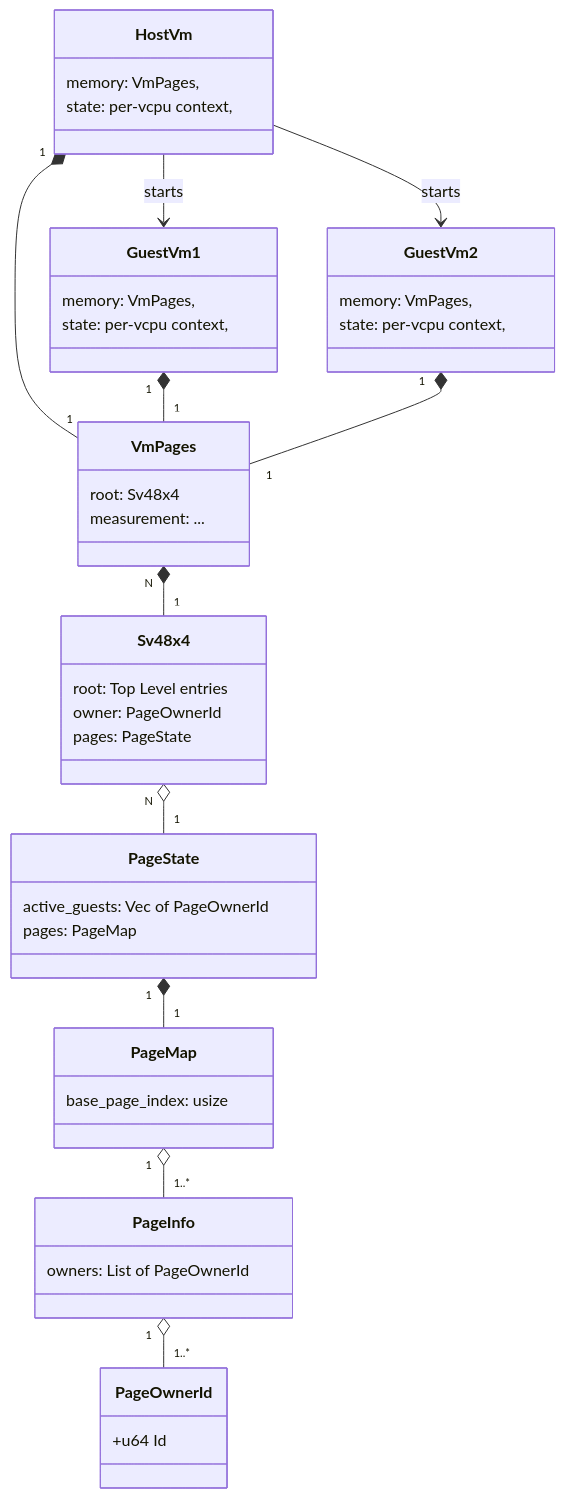
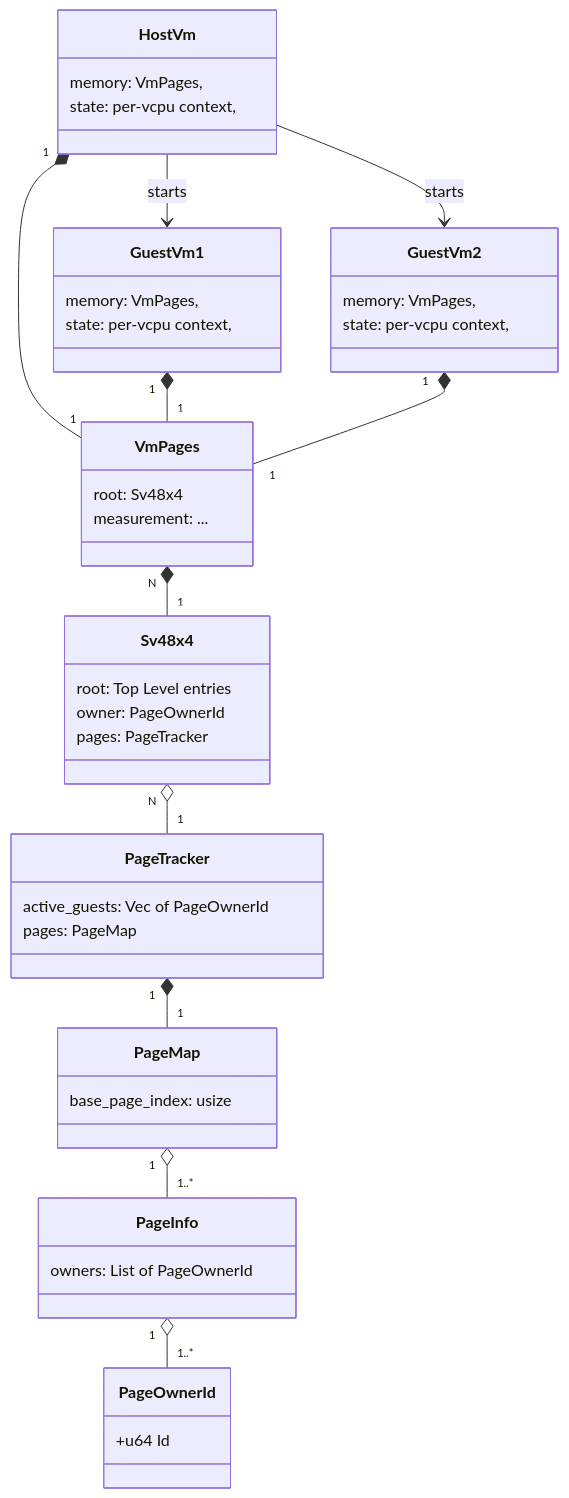
One commit to rivosinc/salus changed the second of 3 diagrams in MEMORY.md. Above: the diagram before and after it, drawn with Mermaid. The commit also changed other lines of this file and 8 other files, not shown here.

First line of the commit message:
Rename PageState to PageTracker

````diff
--- a/MEMORY.md
+++ b/MEMORY.md
@@ -38,47 +38,47 @@
 ```mermaid
 classDiagram
     class PageOwnerId {
         +u64 Id
     }
     PageInfo "1" o-- "1..*" PageOwnerId
     class PageInfo {
       owners: List of PageOwnerId
     }
     PageMap "1" o-- "1..*" PageInfo
     class PageMap {
       base_page_index: usize
     }
-    PageState "1" *-- "1" PageMap
-    class PageState {
+    PageTracker "1" *-- "1" PageMap
+    class PageTracker {
         active_guests: Vec of PageOwnerId
         pages: PageMap
     }
-    Sv48x4 "N" o-- "1" PageState
+    Sv48x4 "N" o-- "1" PageTracker
     class Sv48x4 {
     	root: Top Level entries
 	owner: PageOwnerId
-        pages: PageState
+        pages: PageTracker
     }
     VmPages "N" *-- "1" Sv48x4
     class VmPages {
         root: Sv48x4
 	measurement: ...
     }
     HostVm "1" *-- "1" VmPages
     HostVm --> GuestVm1 : starts
     HostVm --> GuestVm2 : starts
     class HostVm {
         memory: VmPages,
 	state: per-vcpu context,
     }
     GuestVm1 "1" *-- "1" VmPages
     class GuestVm1 {
         memory: VmPages,
 	state: per-vcpu context,
     }
     GuestVm2 "1" *-- "1" VmPages
     class GuestVm2 {
         memory: VmPages,
 	state: per-vcpu context,
     }
 ```
````
